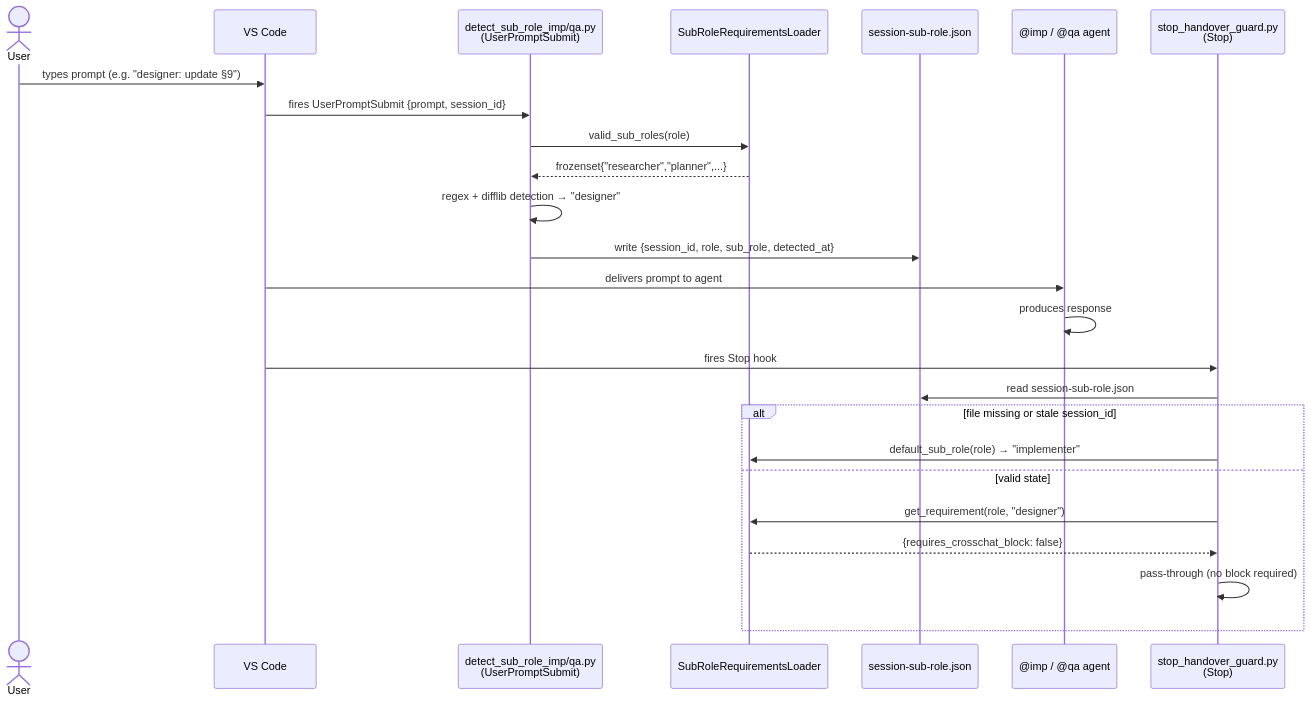
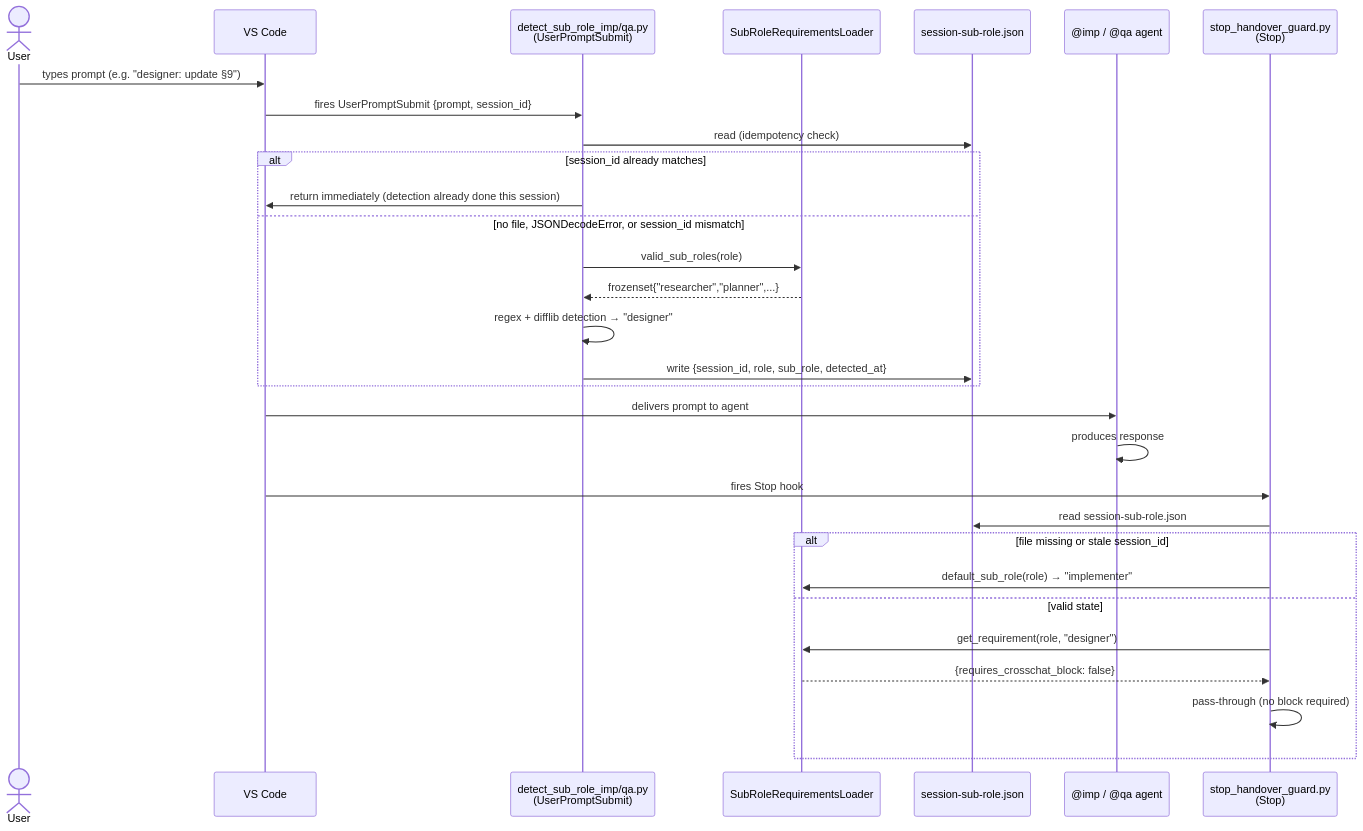
The second of 3 diagrams in docs/development/issue263/design_v2_sub_role_orchestration.md (MikeyVK/S1mpleTraderV3), drawn with Mermaid before and after one commit. The commit also changed other lines of this file and 1 other file, not shown here.

Commit message:
docs(P_DESIGN): update to v2.4: PreCompact hook (§9.7), agent-scoped UPS hooks (§9.6), detect_sub_role_and_persist rename, §7 directive qa→imp, §10.2 prompts vs role guides, §11 contextual note, §12 Mermaid flow diagram

````diff
--- a/docs/development/issue263/design_v2_sub_role_orchestration.md
+++ b/docs/development/issue263/design_v2_sub_role_orchestration.md
@@ -141,29 +141,34 @@
 ```mermaid
 sequenceDiagram
     actor User
     participant VS as VS Code
     participant UPS as detect_sub_role_imp/qa.py<br/>(UserPromptSubmit)
     participant LDR as SubRoleRequirementsLoader
     participant SF as session-sub-role.json
     participant Agent as @imp / @qa agent
     participant STOP as stop_handover_guard.py<br/>(Stop)
 
     User->>VS: types prompt (e.g. "designer: update §9")
     VS->>UPS: fires UserPromptSubmit {prompt, session_id}
-    UPS->>LDR: valid_sub_roles(role)
-    LDR-->>UPS: frozenset{"researcher","planner",...}
-    UPS->>UPS: regex + difflib detection → "designer"
-    UPS->>SF: write {session_id, role, sub_role, detected_at}
+    UPS->>SF: read (idempotency check)
+    alt session_id already matches
+        UPS->>VS: return immediately (detection already done this session)
+    else no file, JSONDecodeError, or session_id mismatch
+        UPS->>LDR: valid_sub_roles(role)
+        LDR-->>UPS: frozenset{"researcher","planner",...}
+        UPS->>UPS: regex + difflib detection → "designer"
+        UPS->>SF: write {session_id, role, sub_role, detected_at}
+    end
     VS->>Agent: delivers prompt to agent
 
     Agent->>Agent: produces response
     VS->>STOP: fires Stop hook
     STOP->>SF: read session-sub-role.json
     alt file missing or stale session_id
         STOP->>LDR: default_sub_role(role) → "implementer"
     else valid state
         STOP->>LDR: get_requirement(role, "designer")
         LDR-->>STOP: {requires_crosschat_block: false}
         STOP->>STOP: pass-through (no block required)
     end
 ```
````
